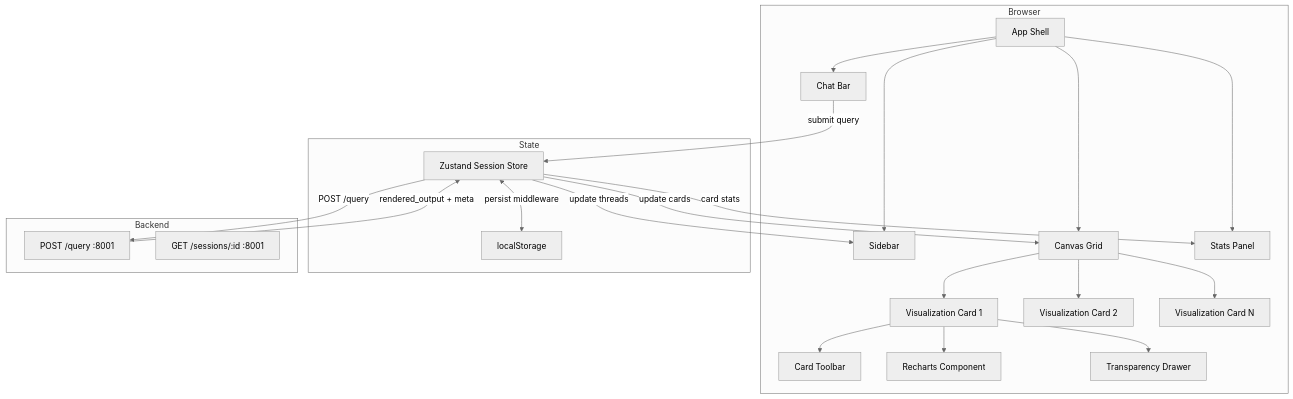
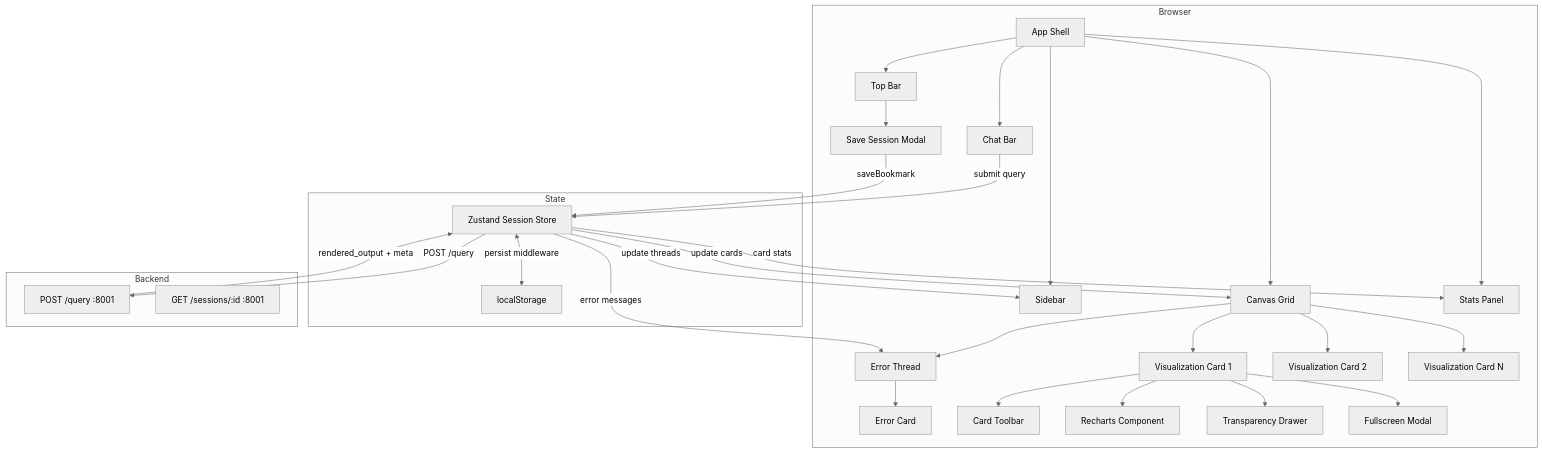
One commit to ivanjm3/cbi changed the diagram in .kiro/specs/conversational-bi-frontend/design.md. Above: the diagram before and after it, drawn with Mermaid (neutral theme). The commit also changed other lines of this file and 36 other files, not shown here.

````diff
--- a/.kiro/specs/conversational-bi-frontend/design.md
+++ b/.kiro/specs/conversational-bi-frontend/design.md
@@ -19,41 +19,51 @@
 ```mermaid
 graph TB
     subgraph Browser
+        TopBar[Top Bar]
         App[App Shell]
         Sidebar[Sidebar]
         Canvas[Canvas Grid]
         ChatBar[Chat Bar]
         StatsPanel[Stats Panel]
+        ErrorThread[Error Thread]
+        SaveModal[Save Session Modal]
         
+        App --> TopBar
         App --> Sidebar
         App --> Canvas
         App --> ChatBar
         App --> StatsPanel
         
+        TopBar --> SaveModal
         Canvas --> VC1[Visualization Card 1]
         Canvas --> VC2[Visualization Card 2]
         Canvas --> VCn[Visualization Card N]
+        Canvas --> ErrorThread
+        ErrorThread --> EC[Error Card]
         
         VC1 --> Toolbar1[Card Toolbar]
         VC1 --> Chart1[Recharts Component]
         VC1 --> Drawer1[Transparency Drawer]
+        VC1 --> FSModal[Fullscreen Modal]
     end
     
     subgraph State
         Store[Zustand Session Store]
         LS[localStorage]
         Store <-->|persist middleware| LS
     end
     
     subgraph Backend
         API[POST /query :8001]
         Sessions[GET /sessions/:id :8001]
     end
     
     ChatBar -->|submit query| Store
     Store -->|POST /query| API
     API -->|rendered_output + meta| Store
     Store -->|update cards| Canvas
+    Store -->|error messages| ErrorThread
     Store -->|update threads| Sidebar
     Store -->|card stats| StatsPanel
+    SaveModal -->|saveBookmark| Store
 ```
````
